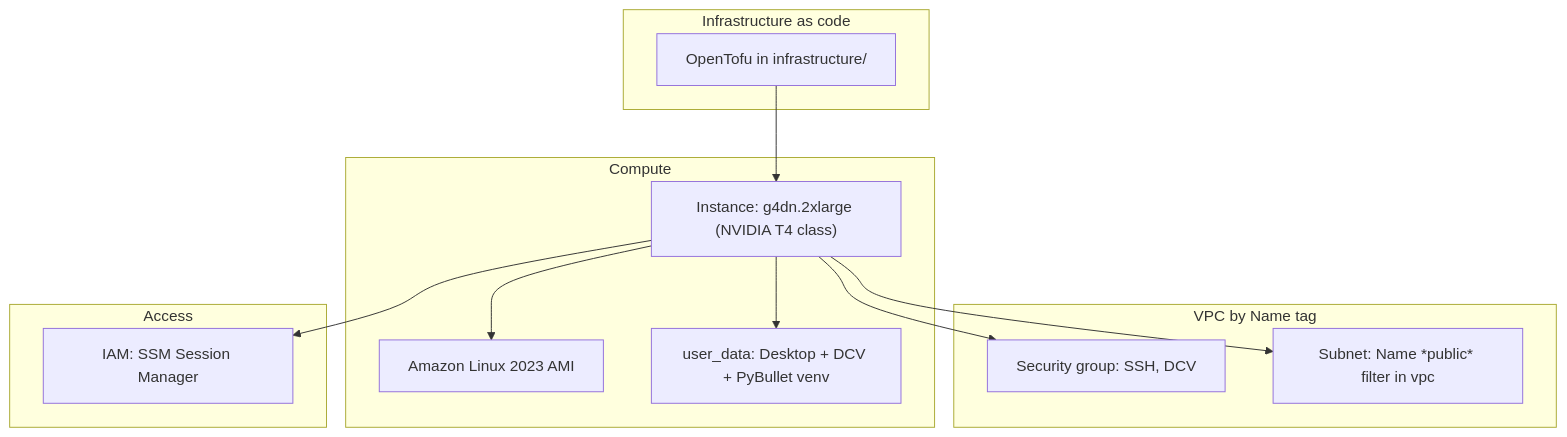
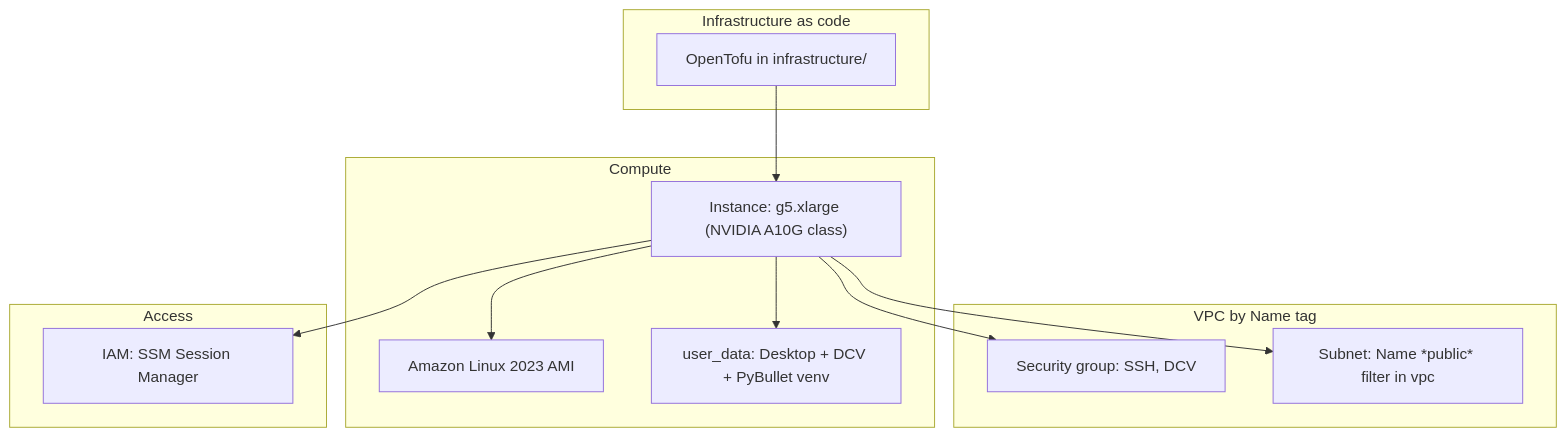
The second of 4 diagrams in README.md (rubencg195/aws-pybullet-environment), drawn with Mermaid before and after one commit. The commit also changed other lines of this file and 16 other files, not shown here.

````diff
--- a/README.md
+++ b/README.md
@@ -24,24 +26,24 @@
 ```mermaid
 flowchart TB
   subgraph iac["Infrastructure as code"]
     OT["OpenTofu in infrastructure/"]
   end
   subgraph net["VPC by Name tag"]
     SG["Security group: SSH, DCV"]
     SN["Subnet: Name *public* filter in vpc"]
   end
   subgraph compute["Compute"]
     AL2023["Amazon Linux 2023 AMI"]
     UD["user_data: Desktop + DCV + PyBullet venv"]
-    G4["Instance: g4dn.2xlarge (NVIDIA T4 class)"]
+    G5["Instance: g5.xlarge (NVIDIA A10G class)"]
   end
   subgraph access["Access"]
     SSM["IAM: SSM Session Manager"]
   end
-  OT --> G4
-  G4 --> AL2023
-  G4 --> SG
-  G4 --> SN
-  G4 --> UD
-  G4 --> SSM
+  OT --> G5
+  G5 --> AL2023
+  G5 --> SG
+  G5 --> SN
+  G5 --> UD
+  G5 --> SSM
 ```
````
